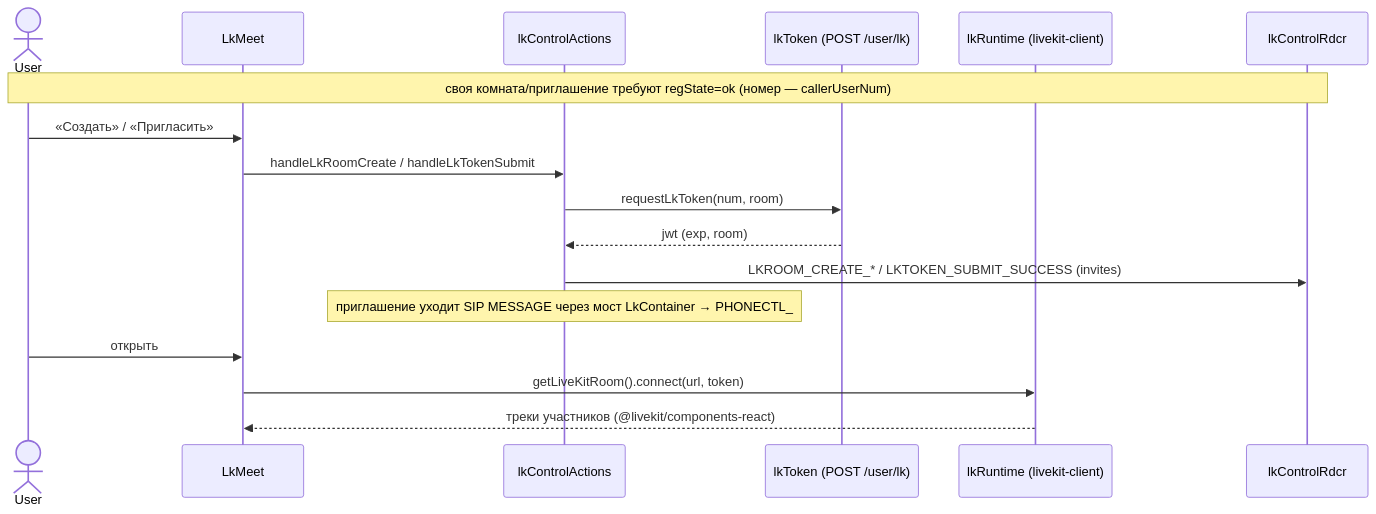
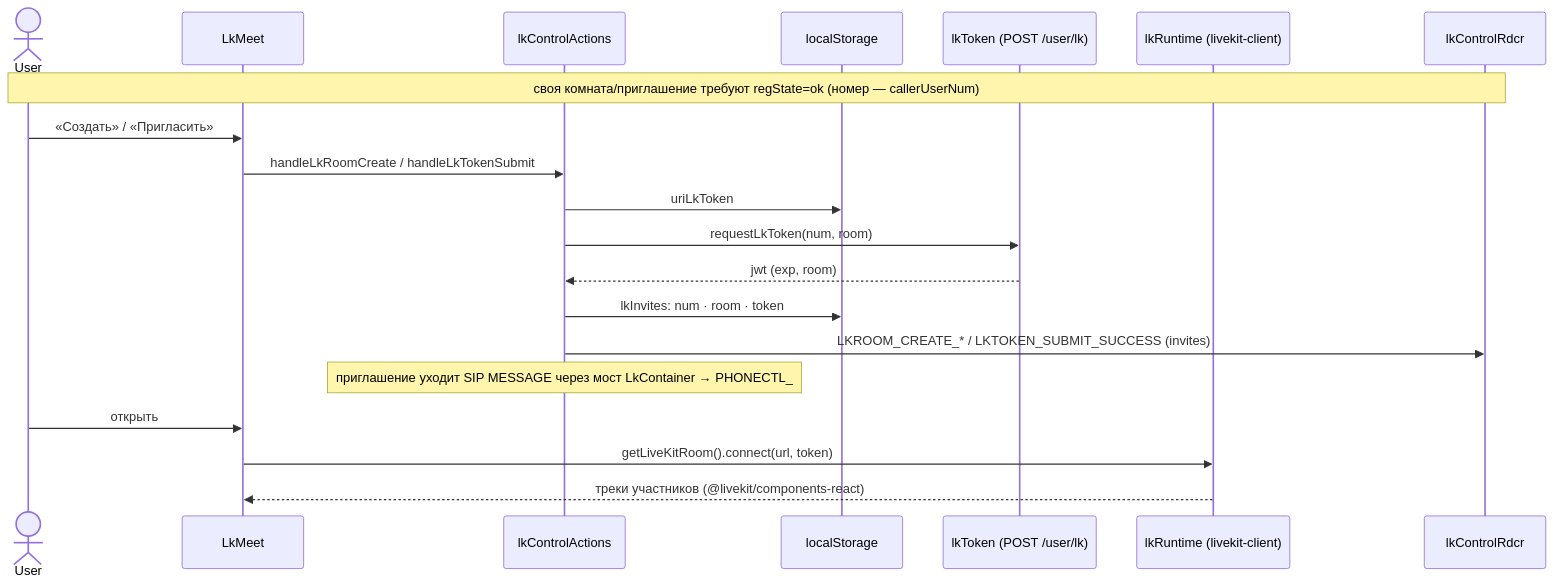
Before and after one commit to ars-anosov/sipjs-react: the third of 3 diagrams in docs/STATE.md, drawn with Mermaid. The commit also changed other lines of this file and 32 other files, not shown here.

````diff
--- a/docs/STATE.md
+++ b/docs/STATE.md
@@ -82,20 +116,23 @@
 ```mermaid
 sequenceDiagram
   actor User
   participant LkMeet
   participant Action as lkControlActions
+  participant LS as localStorage
   participant Token as lkToken (POST /user/lk)
   participant Runtime as lkRuntime (livekit-client)
   participant Rdcr as lkControlRdcr
 
   Note over User,Rdcr: своя комната/приглашение требуют regState=ok (номер — callerUserNum)
   User->>LkMeet: «Создать» / «Пригласить»
   LkMeet->>Action: handleLkRoomCreate / handleLkTokenSubmit
+  Action->>LS: uriLkToken
   Action->>Token: requestLkToken(num, room)
   Token-->>Action: jwt (exp, room)
+  Action->>LS: lkInvites: num · room · token
   Action->>Rdcr: LKROOM_CREATE_* / LKTOKEN_SUBMIT_SUCCESS (invites)
   Note over Action: приглашение уходит SIP MESSAGE через мост LkContainer → PHONECTL_
   User->>LkMeet: открыть #/?lk_room&lk_token
   LkMeet->>Runtime: getLiveKitRoom().connect(url, token)
   Runtime-->>LkMeet: треки участников (@livekit/components-react)
 ```
````
